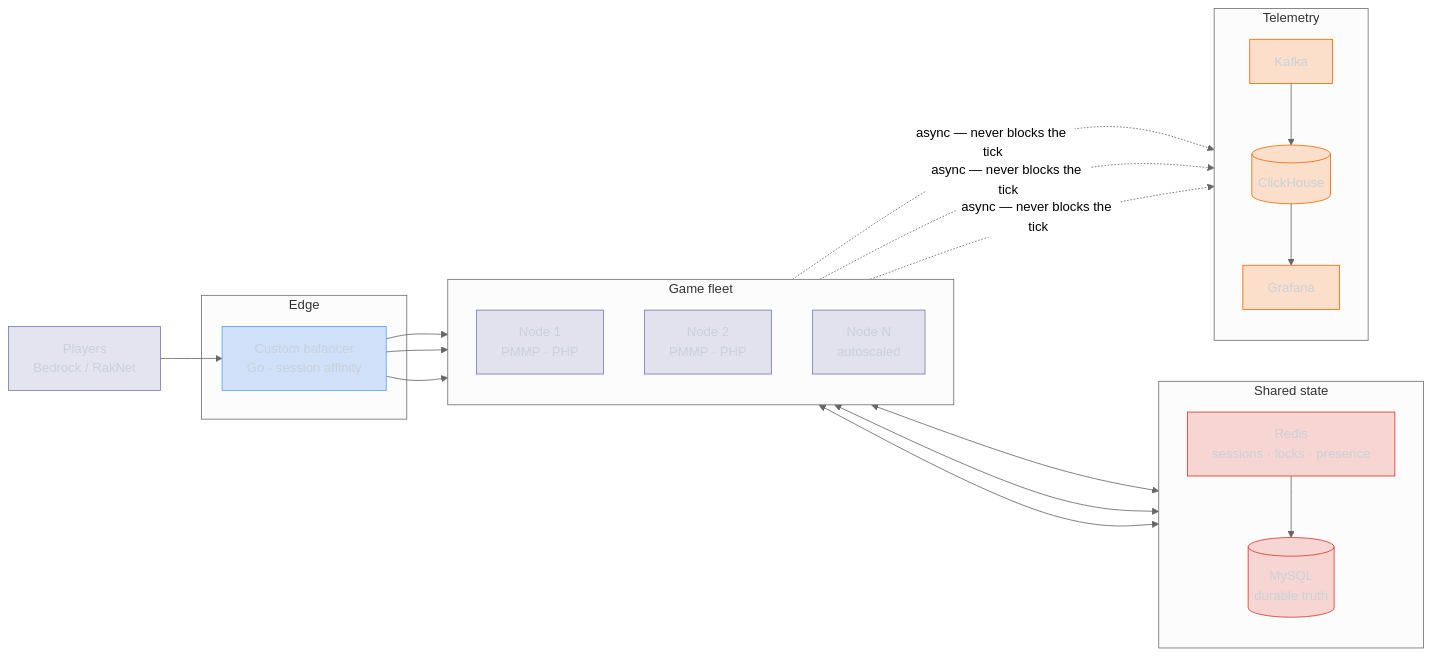
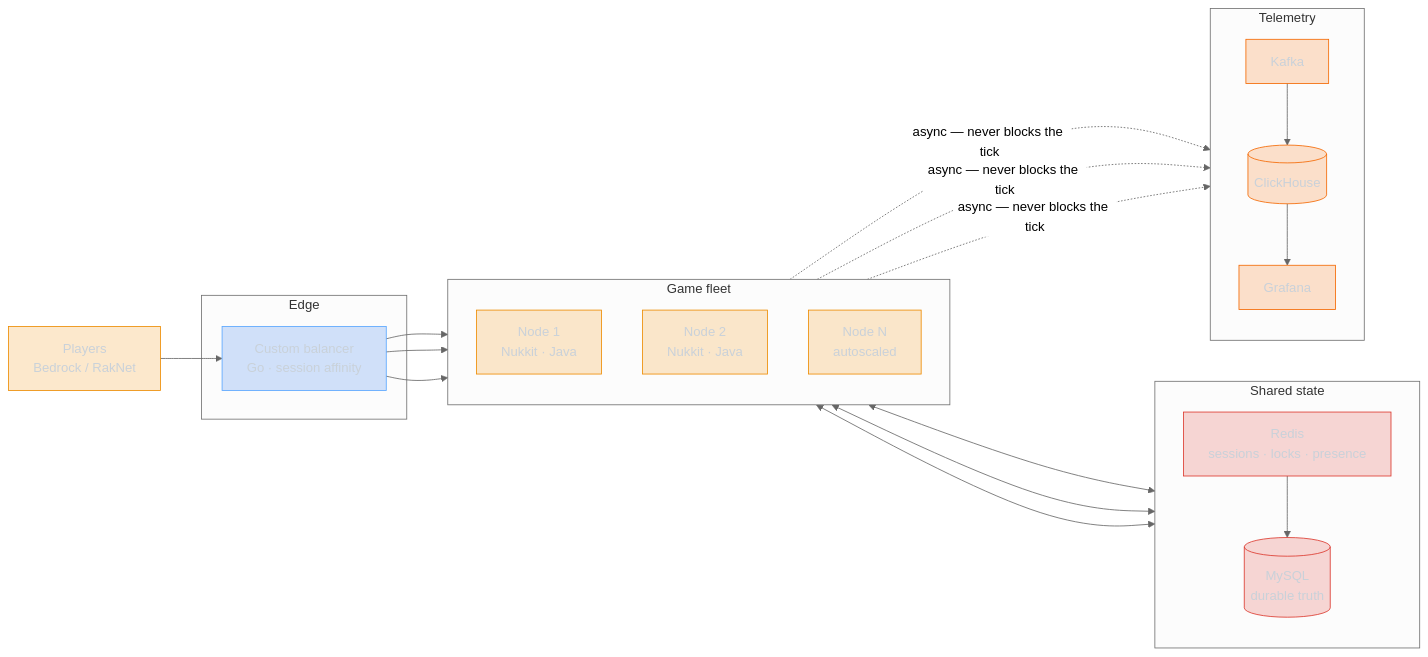
One commit to w1zardz/w1zardz changed the diagram in README.md. Above: the diagram before and after it, drawn with Mermaid (neutral theme). The commit also changed other lines of this file and 1 other file, not shown here.

Commit message:
feat(profile): Java/Nukkit as primary stack, Nuxt site, Endstone C++; retire PocketMine to legacy

````diff
--- a/README.md
+++ b/README.md
@@ -158,42 +163,42 @@
 ```mermaid
 flowchart LR
     P["Players<br/>Bedrock / RakNet"] --> LB
 
     subgraph EDGE["Edge"]
         LB["Custom balancer<br/>Go · session affinity"]
     end
 
     subgraph FLEET["Game fleet"]
         direction TB
-        N1["Node 1<br/>PMMP · PHP"]
-        N2["Node 2<br/>PMMP · PHP"]
+        N1["Node 1<br/>Nukkit · Java"]
+        N2["Node 2<br/>Nukkit · Java"]
         NX["Node N<br/>autoscaled"]
     end
 
     LB --> N1 & N2 & NX
 
     subgraph STATE["Shared state"]
         direction TB
         R["Redis<br/>sessions · locks · presence"]
         DB[("MySQL<br/>durable truth")]
     end
 
     N1 & N2 & NX <--> R
     R --> DB
 
     subgraph OBS["Telemetry"]
         direction TB
         K["Kafka"] --> CH[("ClickHouse")] --> G["Grafana"]
     end
 
     N1 & N2 & NX -.->|"async — never blocks the tick"| K
 
     classDef edge  fill:#1f6feb33,stroke:#58a6ff,color:#c9d1d9
-    classDef node  fill:#777BB433,stroke:#777BB4,color:#c9d1d9
+    classDef node  fill:#ED8B0033,stroke:#ED8B00,color:#c9d1d9
     classDef state fill:#DC382D33,stroke:#DC382D,color:#c9d1d9
     classDef obs   fill:#F4680033,stroke:#F46800,color:#c9d1d9
     class LB edge
     class N1,N2,NX node
     class R,DB state
     class K,CH,G obs
 ```
````
